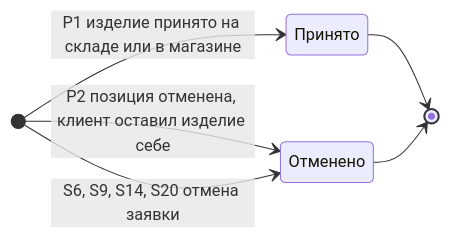
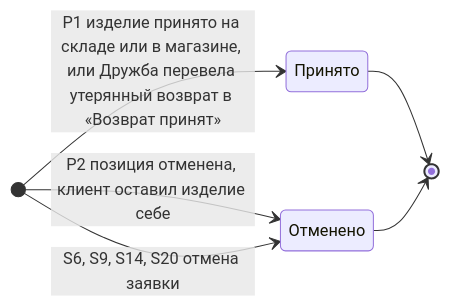
Before and after one commit to Terinss155/opencode-agents-analysis: the second of 3 diagrams in projects/returns-2.0/requirements/diagrams/state/return-status_state_wiki.md, drawn with Mermaid. The commit also changed other lines of this file and 13 other files, not shown here.

First line of the commit message:
Возвраты 2.0: даты для ручного адреса, статусная модель v5 в SRS и диаграмме

````diff
--- a/projects/returns-2.0/requirements/diagrams/state/return-status_state_wiki.md
+++ b/projects/returns-2.0/requirements/diagrams/state/return-status_state_wiki.md
@@ -396,13 +408,13 @@
 ```mermaid
 stateDiagram-v2
     direction LR
 
     state "Принято" as AcceptedWh
     state "Отменено" as PosCancelled
 
-    [*] --> AcceptedWh : P1 изделие принято на складе или в магазине
+    [*] --> AcceptedWh : P1 изделие принято на складе или в магазине, или Дружба перевела утерянный возврат в «Возврат принят»
     [*] --> PosCancelled : P2 позиция отменена, клиент оставил изделие себе
     [*] --> PosCancelled : S6, S9, S14, S20 отмена заявки
     AcceptedWh --> [*]
     PosCancelled --> [*]
 ```
````
